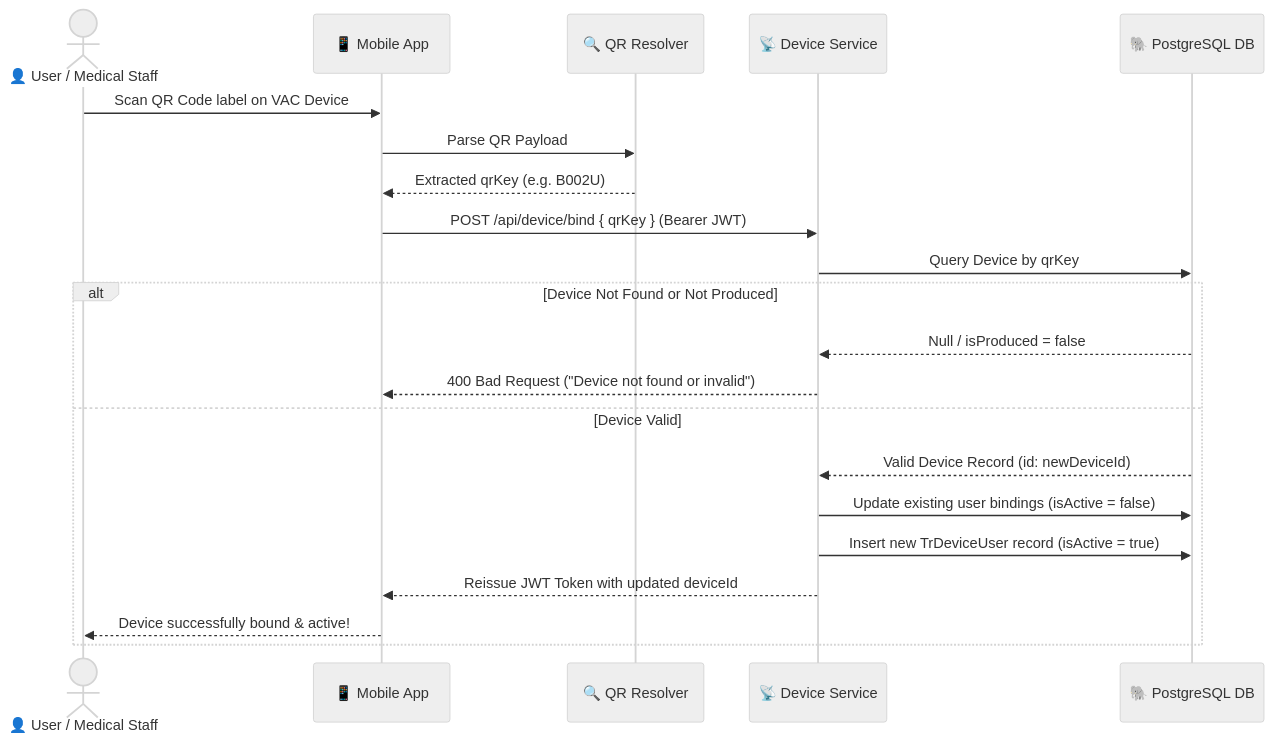
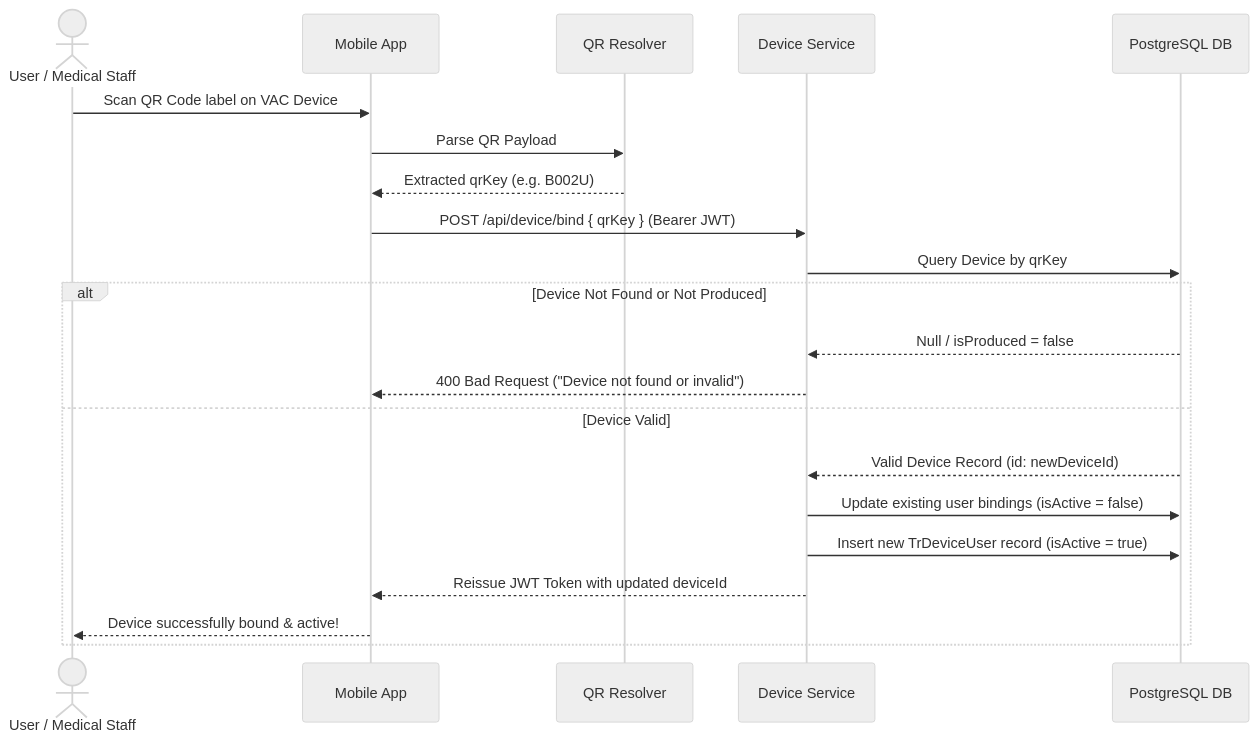
The third of 5 diagrams in README.md (nashirabbash/be_vac), drawn with Mermaid (neutral theme) before and after one commit. The commit also changed other lines of this file, not shown here.

Commit message:
docs: remove emojis/icons from mermaid diagrams

````diff
--- a/README.md
+++ b/README.md
@@ -173,28 +173,28 @@
 ```mermaid
 sequenceDiagram
     accTitle: Device QR Binding and Token Issue Sequence
     accDescr: User registration or device binding via QR code scanning and JWT reissue.
 
-    actor User as 👤 User / Medical Staff
-    participant Mobile as 📱 Mobile App
-    participant QRResolver as 🔍 QR Resolver
-    participant DeviceService as 📡 Device Service
-    participant DB as 🐘 PostgreSQL DB
+    actor User as User / Medical Staff
+    participant Mobile as Mobile App
+    participant QRResolver as QR Resolver
+    participant DeviceService as Device Service
+    participant DB as PostgreSQL DB
 
     User->>Mobile: Scan QR Code label on VAC Device
     Mobile->>QRResolver: Parse QR Payload
     QRResolver-->>Mobile: Extracted qrKey (e.g. B002U)
     Mobile->>DeviceService: POST /api/device/bind { qrKey } (Bearer JWT)
     DeviceService->>DB: Query Device by qrKey
 
     alt Device Not Found or Not Produced
         DB-->>DeviceService: Null / isProduced = false
         DeviceService-->>Mobile: 400 Bad Request ("Device not found or invalid")
     else Device Valid
         DB-->>DeviceService: Valid Device Record (id: newDeviceId)
         DeviceService->>DB: Update existing user bindings (isActive = false)
         DeviceService->>DB: Insert new TrDeviceUser record (isActive = true)
         DeviceService-->>Mobile: Reissue JWT Token with updated deviceId
         Mobile-->>User: Device successfully bound & active!
     end
 ```
````
